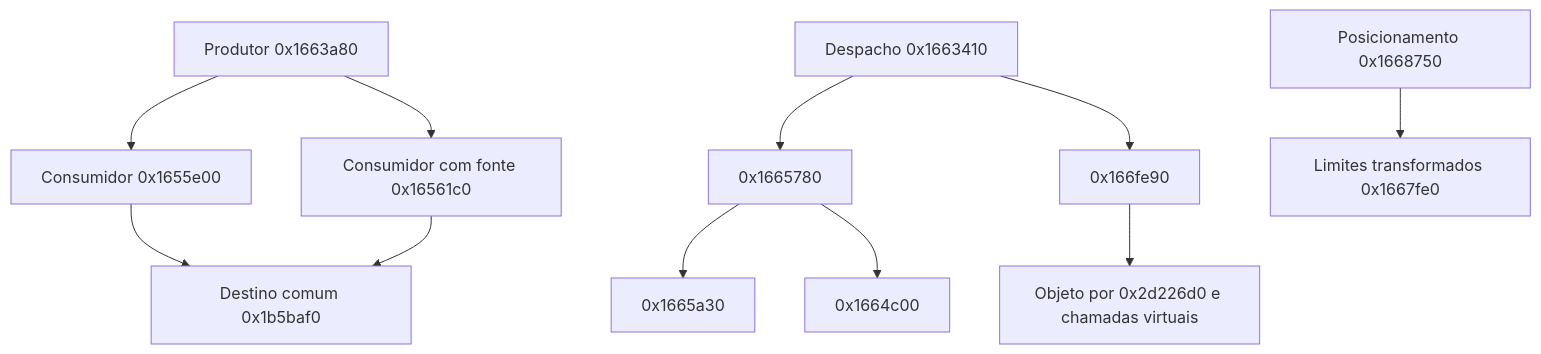
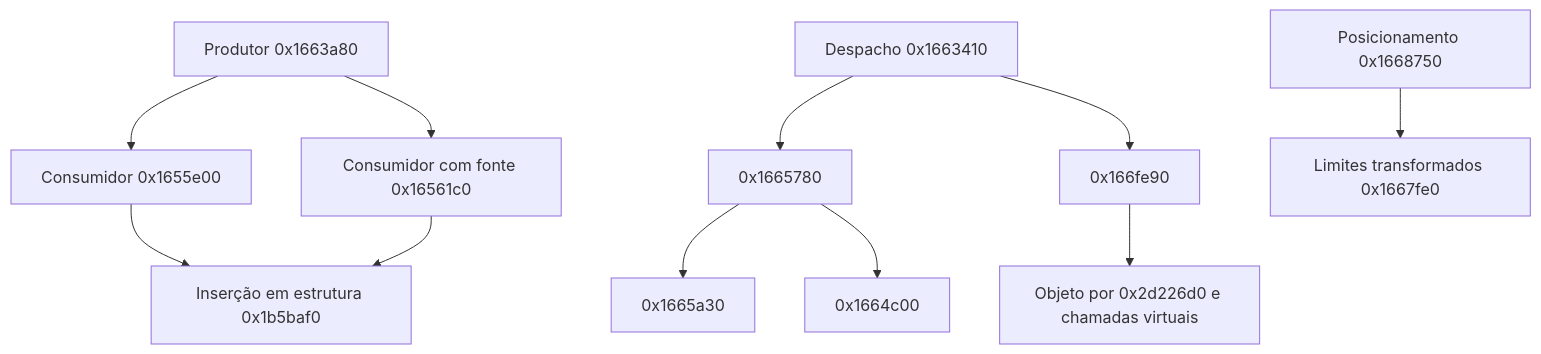
The fourth of 6 diagrams in docs/fluxos.md (airtonbp19edu/Linuxit-PDF), drawn with Mermaid before and after one commit. The commit also changed other lines of this file and 42 other files, not shown here.

````diff
--- a/docs/fluxos.md
+++ b/docs/fluxos.md
@@ -66,13 +66,13 @@
 ```mermaid
 flowchart TD
   Collections[Produtor 0x1663a80] --> Graphic[Consumidor 0x1655e00]
   Collections --> Font[Consumidor com fonte 0x16561c0]
-  Graphic --> Submit[Destino comum 0x1b5baf0]
+  Graphic --> Submit[Inserção em estrutura 0x1b5baf0]
   Font --> Submit
   Bounds[Despacho 0x1663410] --> Handlers[0x1665780]
   Bounds --> Output[0x166fe90]
   Handlers --> RouteA[0x1665a30]
   Handlers --> RouteB[0x1664c00]
   Output --> Factory[Objeto por 0x2d226d0 e chamadas virtuais]
   Placement[Posicionamento 0x1668750] --> Rectangle[Limites transformados 0x1667fe0]
 ```
````
